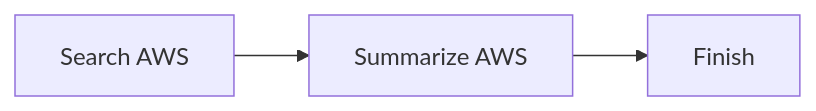
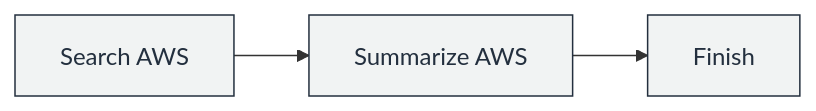
The first of 15 diagrams in AGENTS.md (GabrielAlmeidaFlores/AWS-CloudOps-Engineer-Associate-Doc), drawn with Mermaid before and after one commit. The commit also changed other lines of this file and 22 other files, not shown here.

First line of the commit message:
docs: AWS-styled Mermaid, IAM/VPC console screenshots, and AGENTS.md rules

````diff
--- a/AGENTS.md
+++ b/AGENTS.md
@@ -155,4 +155,6 @@
 ```mermaid
 flowchart LR
-    A[Search AWS] --> B[Summarize AWS] --> C[Finish]
+    A["Search AWS"] --> B["Summarize AWS"] --> C["Finish"]
+    classDef step fill:#F1F3F3,stroke:#232F3E,color:#232F3E
+    class A,B,C step
 ```
````
